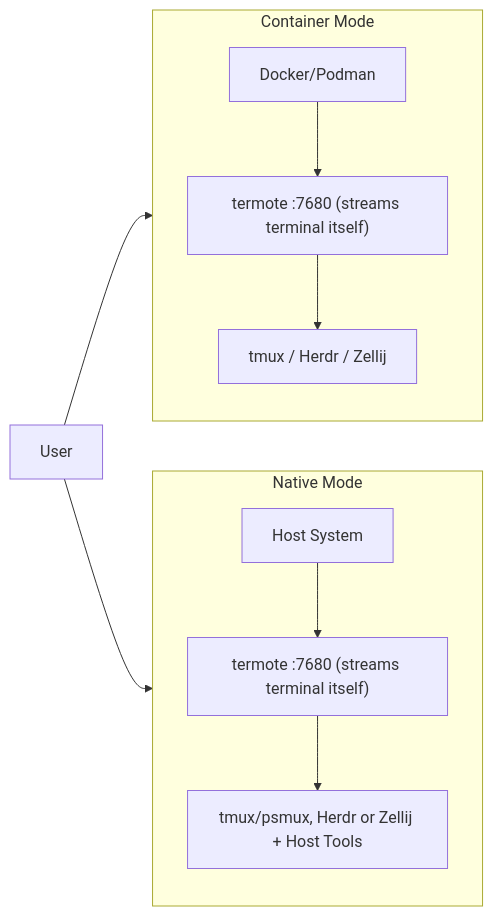
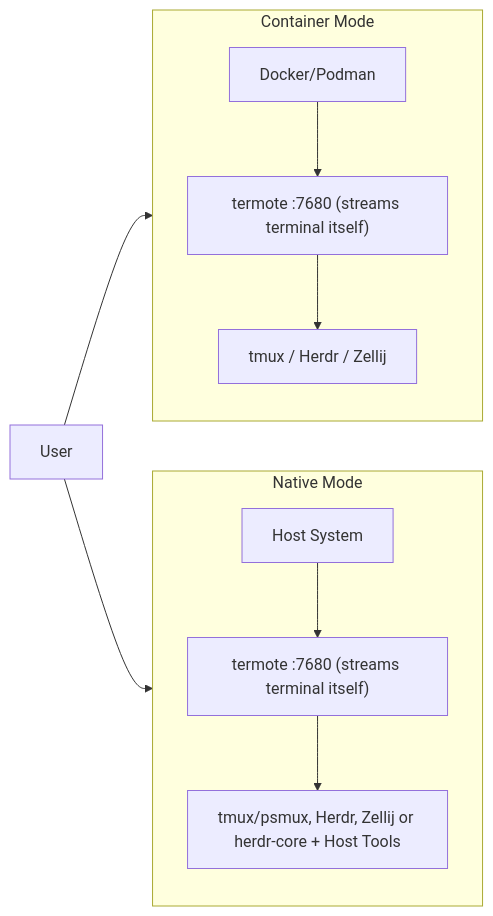
One commit to lamngockhuong/termote changed the second of 2 diagrams in README.md. Above: the diagram before and after it, drawn with Mermaid. The commit also changed other lines of this file and 14 other files, not shown here.

````diff
--- a/README.md
+++ b/README.md
@@ -255,14 +258,14 @@
 ```mermaid
 flowchart LR
     subgraph Container["Container Mode"]
         direction TB
         C1["Docker/Podman"] --> C2["termote :7680 (streams terminal itself)"] --> C3["tmux / Herdr / Zellij"]
     end
 
     subgraph Native["Native Mode"]
         direction TB
-        N1["Host System"] --> N2["termote :7680 (streams terminal itself)"] --> N3["tmux/psmux, Herdr or Zellij + Host Tools"]
+        N1["Host System"] --> N2["termote :7680 (streams terminal itself)"] --> N3["tmux/psmux, Herdr, Zellij or herdr-core + Host Tools"]
     end
 
     User["User"] --> Container & Native
 ```
````
